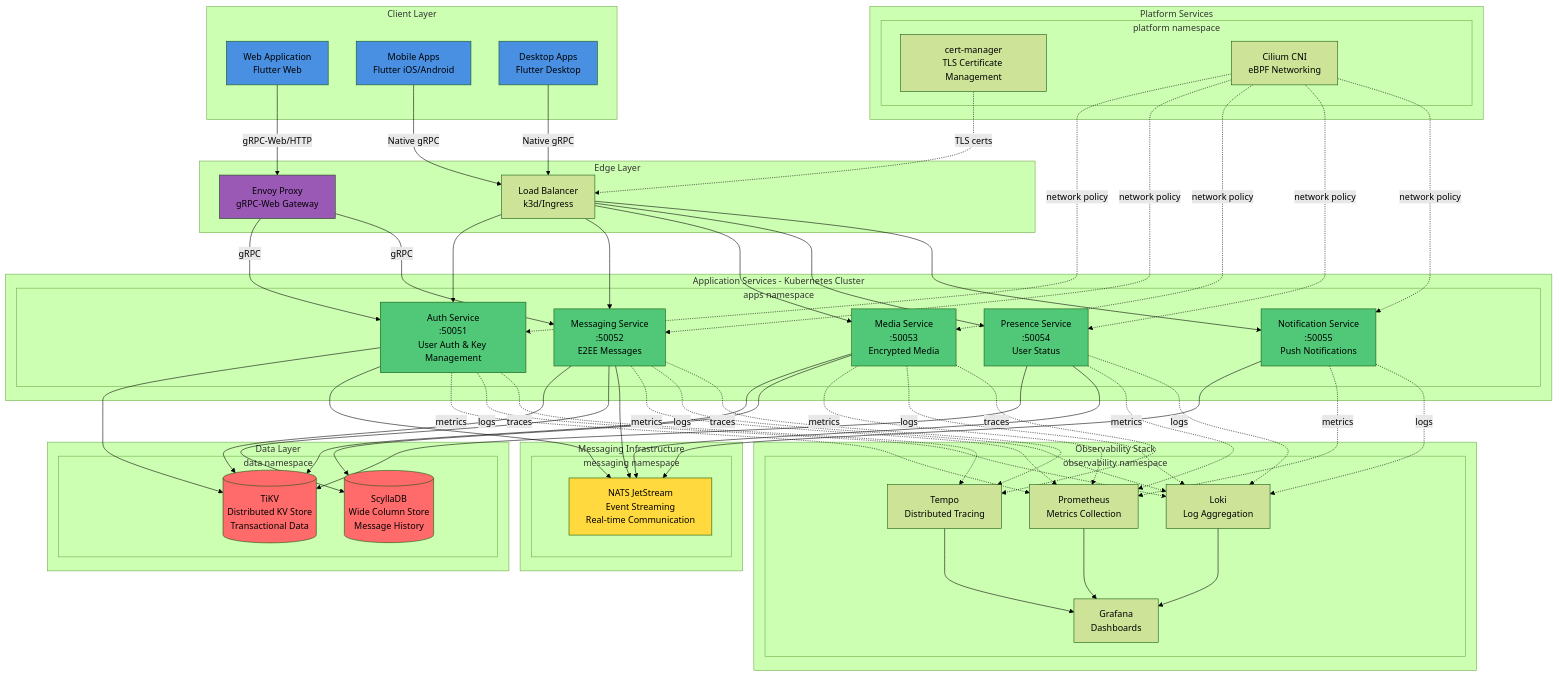
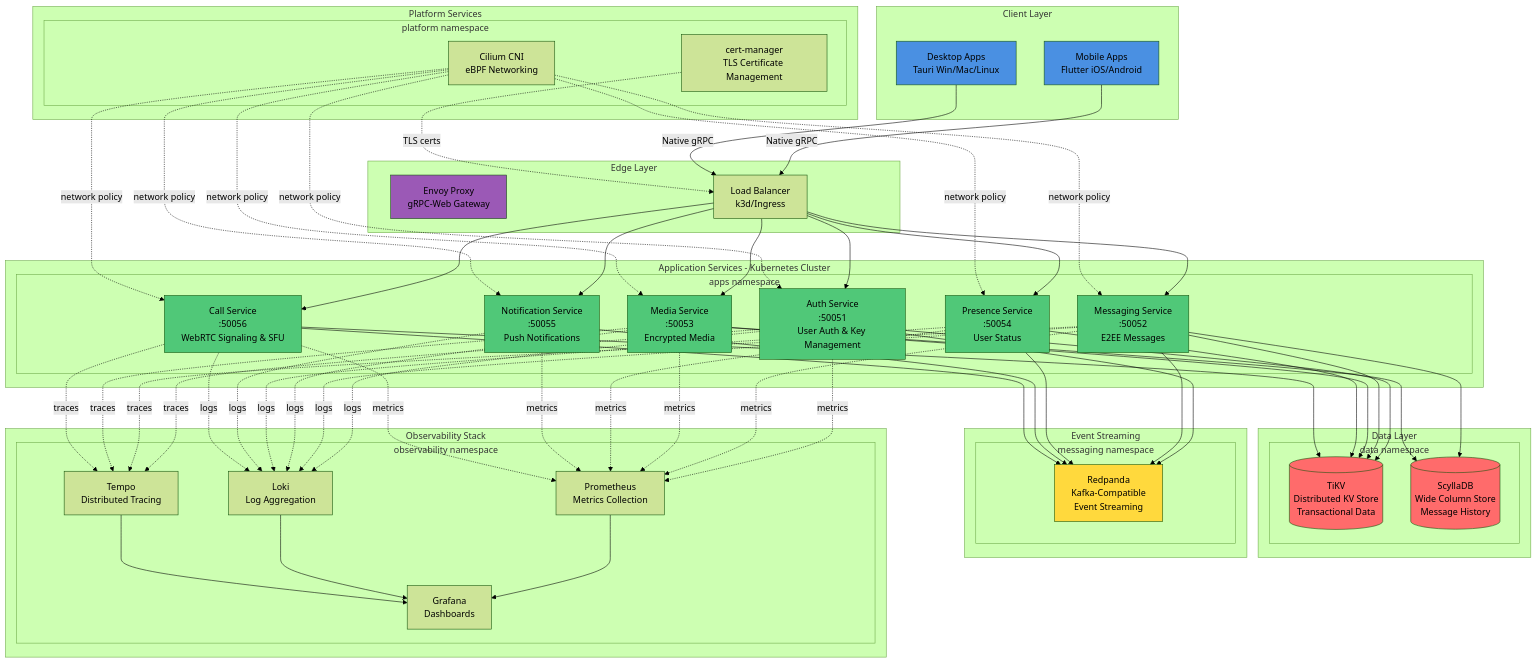
One commit to guardyn/guardyn changed the first of 7 diagrams in docs/ARCHITECTURE.md. Above: the diagram before and after it, drawn with Mermaid (forest theme). The commit also changed other lines of this file and 18 other files, not shown here.

First line of the commit message:
feat: migrate messaging from NATS to Redpanda

````diff
--- a/docs/ARCHITECTURE.md
+++ b/docs/ARCHITECTURE.md
@@ -7,9 +7,8 @@
 ```mermaid
 graph TB
     subgraph "Client Layer"
-        WebApp[Web Application<br/>Flutter Web]
         MobileApp[Mobile Apps<br/>Flutter iOS/Android]
-        DesktopApp[Desktop Apps<br/>Flutter Desktop]
+        DesktopApp[Desktop Apps<br/>Tauri Win/Mac/Linux]
     end
 
     subgraph "Edge Layer"
@@ -24,6 +23,7 @@
             Media[Media Service<br/>:50053<br/>Encrypted Media]
             Presence[Presence Service<br/>:50054<br/>User Status]
             Notification[Notification Service<br/>:50055<br/>Push Notifications]
+            Call[Call Service<br/>:50056<br/>WebRTC Signaling & SFU]
         end
     end
 
@@ -34,9 +34,9 @@
         end
     end
 
-    subgraph "Messaging Infrastructure"
+    subgraph "Event Streaming"
         subgraph "messaging namespace"
-            NATS[NATS JetStream<br/>Event Streaming<br/>Real-time Communication]
+            Redpanda[Redpanda<br/>Kafka-Compatible<br/>Event Streaming]
         end
     end
 
@@ -57,30 +57,30 @@
     end
 
     %% Client Connections
-    WebApp -->|gRPC-Web/HTTP| Envoy
     MobileApp -->|Native gRPC| LB
     DesktopApp -->|Native gRPC| LB
 
     %% Edge Routing
-    Envoy -->|gRPC| Auth
-    Envoy -->|gRPC| Messaging
     LB --> Auth
     LB --> Messaging
     LB --> Media
     LB --> Presence
     LB --> Notification
+    LB --> Call
 
     %% Service Dependencies
     Auth --> TiKV
-    Auth --> NATS
+    Auth --> Redpanda
     Messaging --> TiKV
     Messaging --> ScyllaDB
-    Messaging --> NATS
+    Messaging --> Redpanda
     Media --> TiKV
     Media --> ScyllaDB
     Presence --> TiKV
-    Presence --> NATS
-    Notification --> NATS
+    Presence --> Redpanda
+    Notification --> Redpanda
+    Call --> Redpanda
+    Call --> TiKV
 
     %% Observability
     Auth -.->|metrics| Prometheus
@@ -88,16 +88,19 @@
     Media -.->|metrics| Prometheus
     Presence -.->|metrics| Prometheus
     Notification -.->|metrics| Prometheus
+    Call -.->|metrics| Prometheus
 
     Auth -.->|logs| Loki
     Messaging -.->|logs| Loki
     Media -.->|logs| Loki
     Presence -.->|logs| Loki
     Notification -.->|logs| Loki
+    Call -.->|logs| Loki
 
     Auth -.->|traces| Tempo
     Messaging -.->|traces| Tempo
     Media -.->|traces| Tempo
+    Call -.->|traces| Tempo
 
     Prometheus --> Grafana
     Loki --> Grafana
@@ -110,8 +113,8 @@
     Cilium -.->|network policy| Media
     Cilium -.->|network policy| Presence
     Cilium -.->|network policy| Notification
+    Cilium -.->|network policy| Call
 
-    style WebApp fill:#4A90E2
     style MobileApp fill:#4A90E2
     style DesktopApp fill:#4A90E2
     style Auth fill:#50C878
@@ -119,8 +122,9 @@
     style Media fill:#50C878
     style Presence fill:#50C878
     style Notification fill:#50C878
+    style Call fill:#50C878
     style TiKV fill:#FF6B6B
     style ScyllaDB fill:#FF6B6B
-    style NATS fill:#FFD93D
+    style Redpanda fill:#FFD93D
     style Envoy fill:#9B59B6
 ```
````
